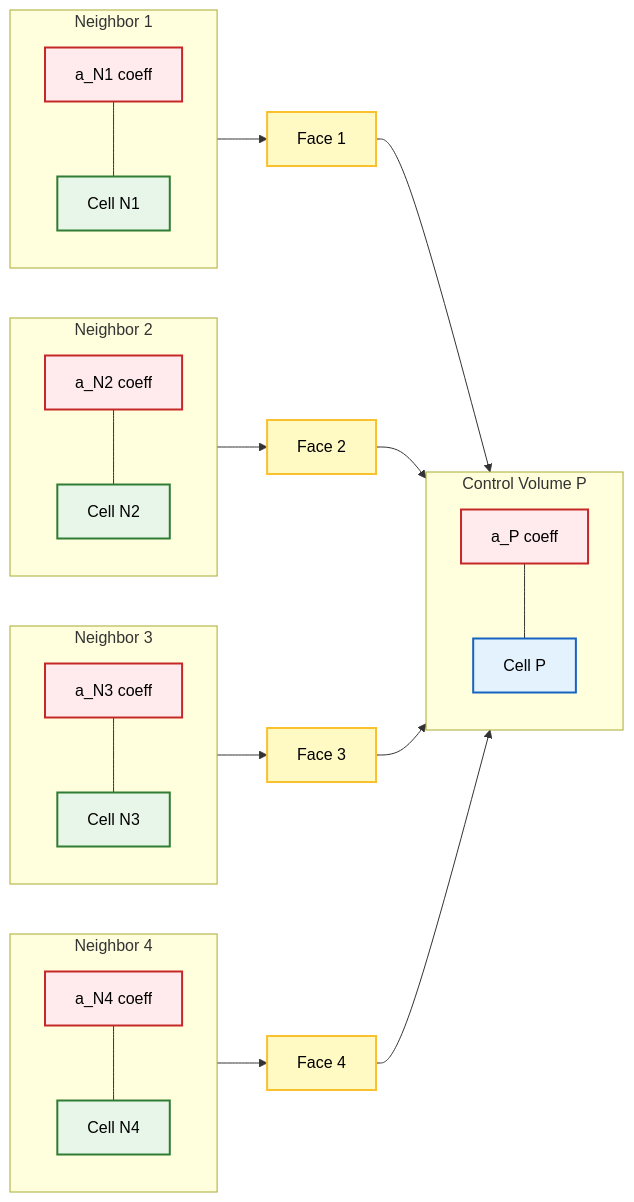
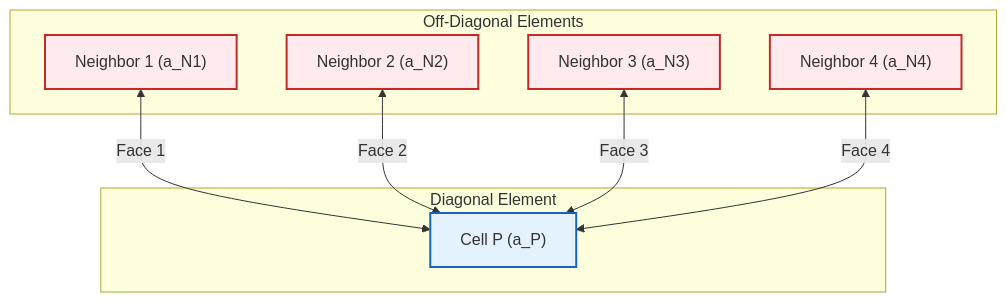
Before and after one commit to wramet/build-my-cfd: the third of 4 diagrams in MODULE_01_CFD_FUNDAMENTALS/CONTENT/02_FINITE_VOLUME_METHOD/05_Matrix_Assembly.md, drawn with Mermaid. The commit also changed other lines of this file and 313 other files, not shown here.

Commit message:
Revise all diagram

````diff
--- a/MODULE_01_CFD_FUNDAMENTALS/CONTENT/02_FINITE_VOLUME_METHOD/05_Matrix_Assembly.md
+++ b/MODULE_01_CFD_FUNDAMENTALS/CONTENT/02_FINITE_VOLUME_METHOD/05_Matrix_Assembly.md
@@ -288,59 +258,23 @@
 ```mermaid
-graph LR
-    %% Central Control Volume
-    subgraph CV_P [Control Volume P]
-        direction TB
-        A[Cell P]
-        J[a_P coeff]
-        J --- A
-    end
+graph TD
+%% Star Topology / Stencil
+subgraph Center["Diagonal Element"]
+    P["Cell P (a_P)"]:::implicit
+end
+subgraph Neighbors["Off-Diagonal Elements"]
+    N1["Neighbor 1 (a_N1)"]:::explicit
+    N2["Neighbor 2 (a_N2)"]:::explicit
+    N3["Neighbor 3 (a_N3)"]:::explicit
+    N4["Neighbor 4 (a_N4)"]:::explicit
+end
 
-    %% Neighbor 1 Group
-    subgraph N1_Group [Neighbor 1]
-        direction TB
-        B[Cell N1]
-        K[a_N1 coeff]
-        K --- B
-    end
+%% Connections (Faces)
+N1 <-->|Face 1| P
+N2 <-->|Face 2| P
+N3 <-->|Face 3| P
+N4 <-->|Face 4| P
 
-    %% Neighbor 2 Group
-    subgraph N2_Group [Neighbor 2]
-        direction TB
-        C[Cell N2]
-        L[a_N2 coeff]
-        L --- C
-    end
-
-    %% Neighbor 3 Group
-    subgraph N3_Group [Neighbor 3]
-        direction TB
-        D[Cell N3]
-        M[a_N3 coeff]
-        M --- D
-    end
-
-    %% Neighbor 4 Group
-    subgraph N4_Group [Neighbor 4]
-        direction TB
-        E[Cell N4]
-        N[a_N4 coeff]
-        N --- E
-    end
-
-    %% Connections: Neighbor -> Shared Face -> Cell P
-    B --> F[Face 1] --> A
-    C --> G[Face 2] --> A
-    D --> H[Face 3] --> A
-    E --> I[Face 4] --> A
-
-    %% Styling using Classes (Much cleaner code)
-    classDef cell fill:#e3f2fd,stroke:#1565c0,stroke-width:2px,color:#000;
-    classDef neighbor fill:#e8f5e9,stroke:#2e7d32,stroke-width:2px,color:#000;
-    classDef face fill:#fff9c4,stroke:#fbc02d,stroke-width:2px,color:#000;
-    classDef coeff fill:#ffebee,stroke:#c62828,stroke-width:2px,color:#000;
-
-    class A cell;
-    class B,C,D,E neighbor;
-    class F,G,H,I face;
-    class J,K,L,M,N coeff;
+%% Classes
+classDef implicit fill:#e3f2fd,stroke:#1565c0,stroke-width:2px
+classDef explicit fill:#ffebee,stroke:#c62828,stroke-width:2px
 ```
````
